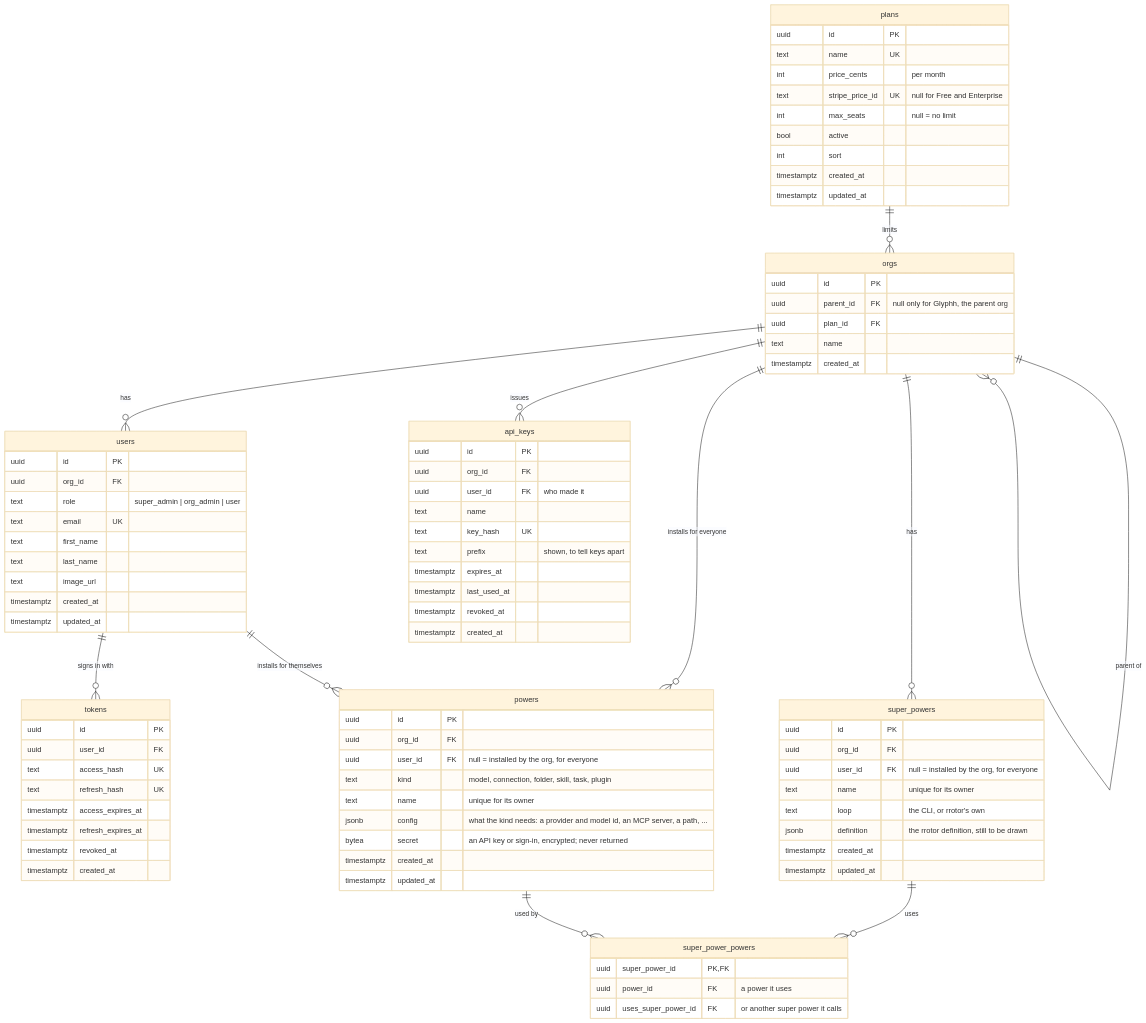
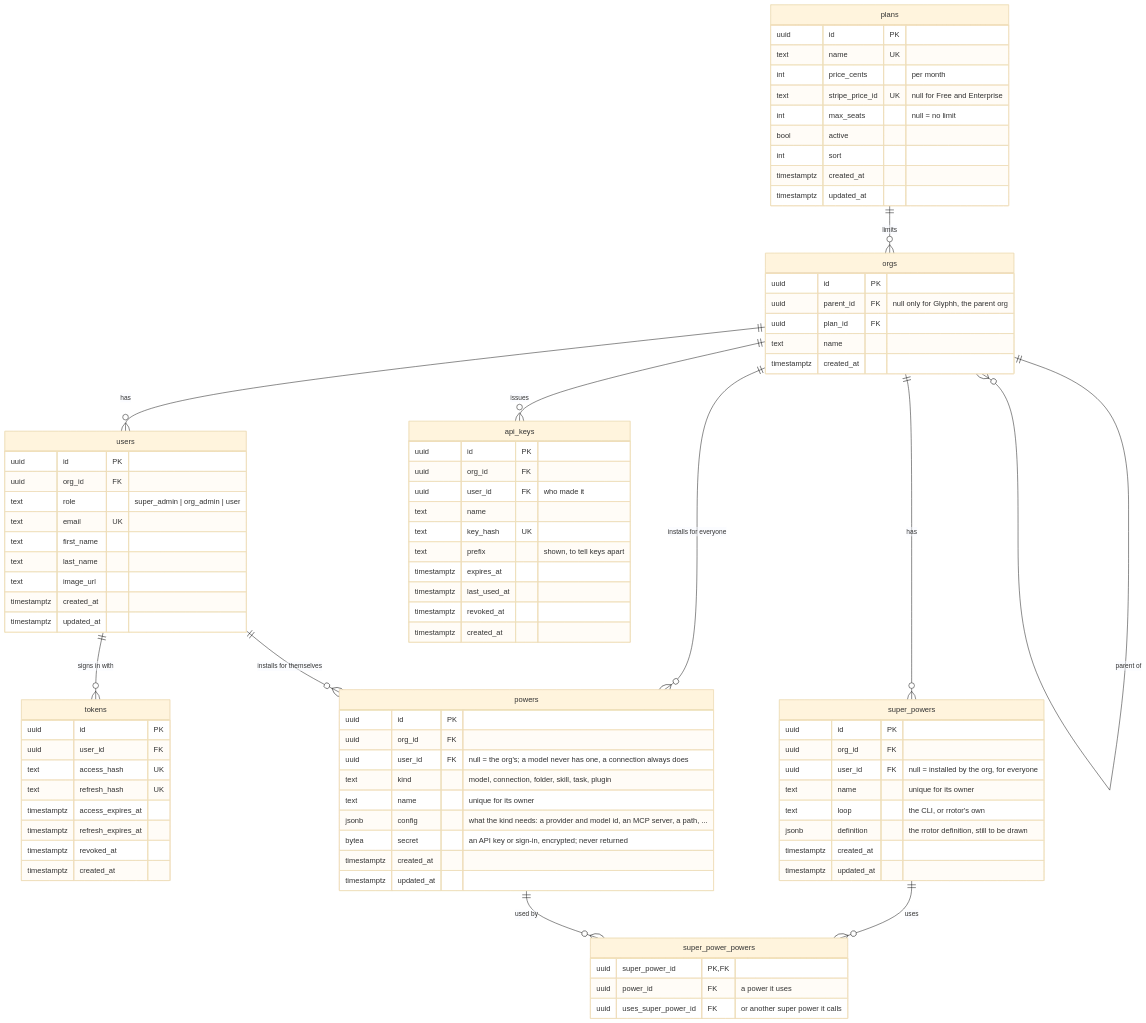
Before and after one commit to glyphh-ai/server: the diagram in docs/data-model.md, drawn with Mermaid (base theme). The commit also changed other lines of this file, not shown here.

Commit message:
Data model: models are the org's, connections are a user's

```diff
--- a/docs/data-model.md
+++ b/docs/data-model.md
@@ -50,7 +50,7 @@
     powers {
         uuid id PK
         uuid org_id FK
-        uuid user_id FK "null = installed by the org, for everyone"
+        uuid user_id FK "null = the org's; a model never has one, a connection always does"
         text kind "model, connection, folder, skill, task, plugin"
         text name "unique for its owner"
         jsonb config "what the kind needs: a provider and model id, an MCP server, a path, ..."
```
